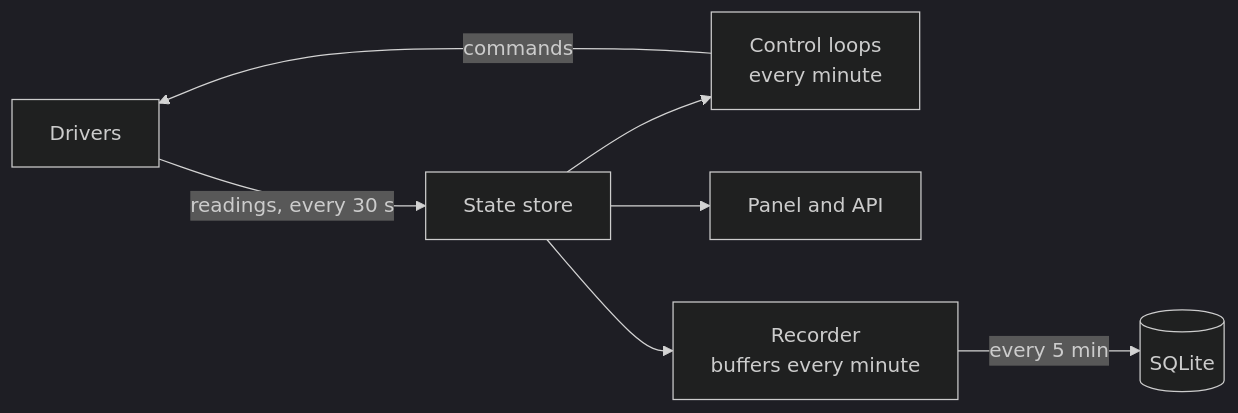
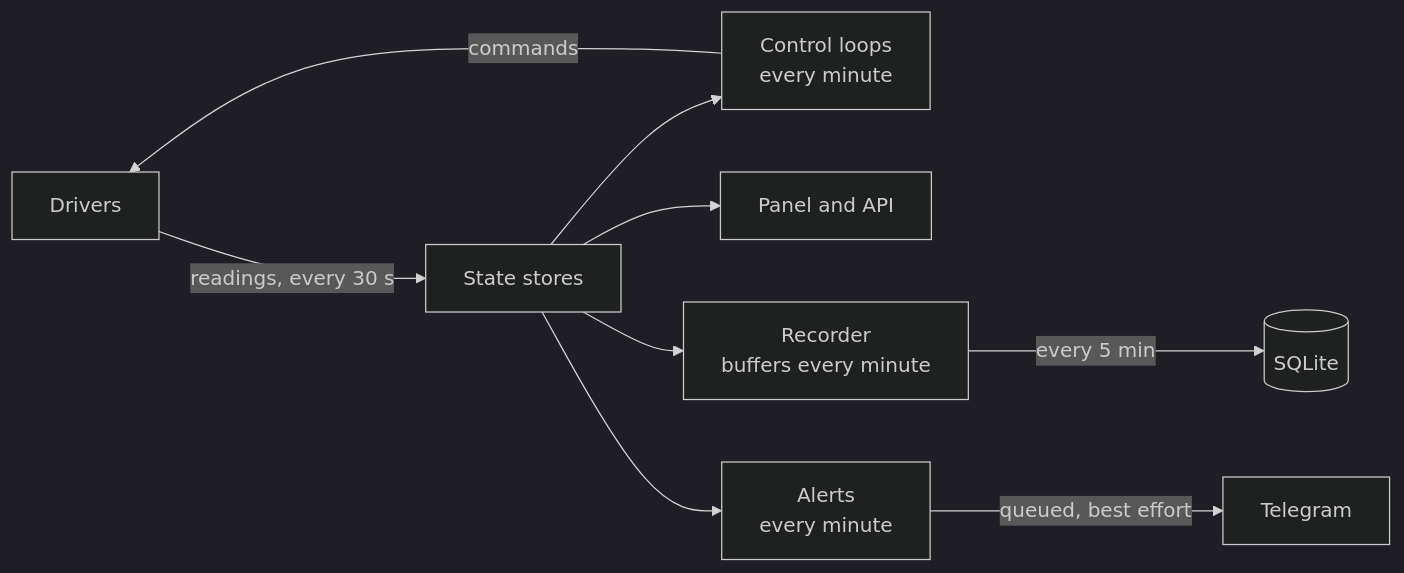
Before and after one commit to Barsoomx/teplo: the first of 2 diagrams in docs/design.md, drawn with Mermaid (dark theme). The commit also changed other lines of this file and 14 other files, not shown here.

````diff
--- a/docs/design.md
+++ b/docs/design.md
@@ -126,9 +127,11 @@
 ```mermaid
 flowchart LR
-    drivers["Drivers"] -->|"readings, every 30 s"| store["State store"]
+    drivers["Drivers"] -->|"readings, every 30 s"| store["State stores"]
     store --> loops["Control loops<br/>every minute"]
     loops -->|commands| drivers
     store --> panel["Panel and API"]
     store --> recorder["Recorder<br/>buffers every minute"]
     recorder -->|"every 5 min"| sqlite[("SQLite")]
+    store --> alerts["Alerts<br/>every minute"]
+    alerts -->|"queued, best effort"| telegram["Telegram"]
 ```
````
